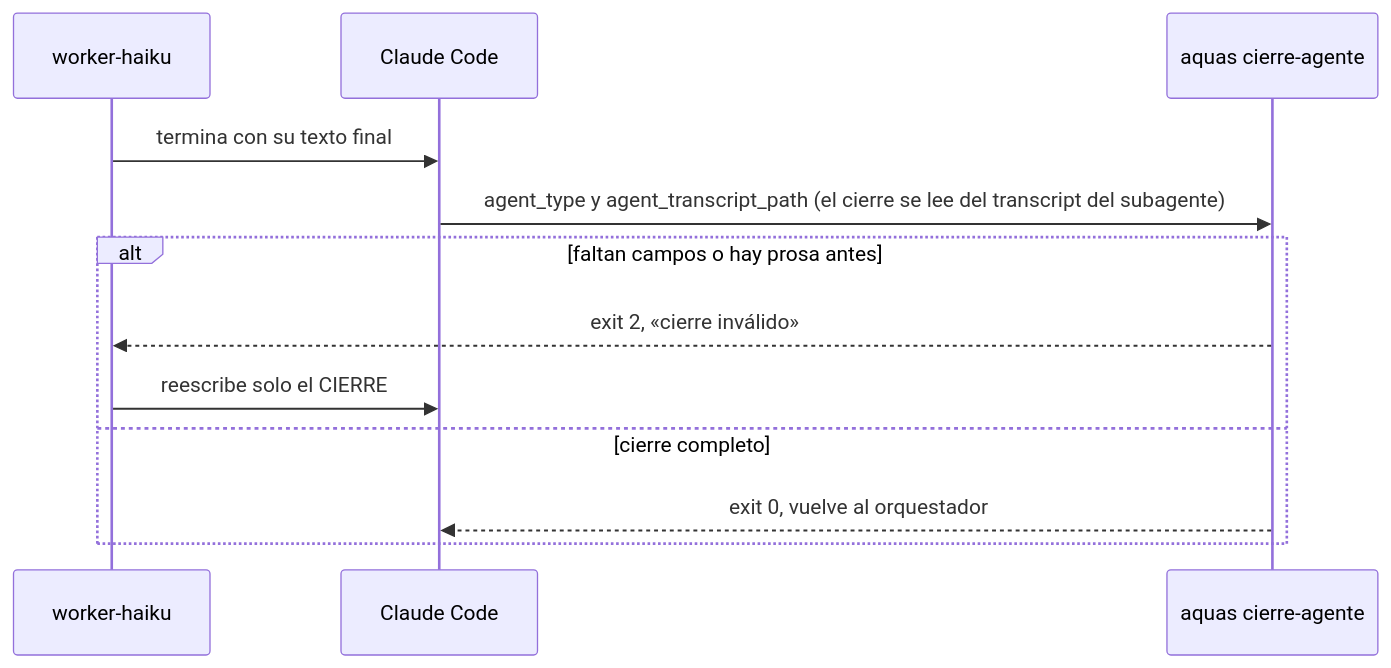
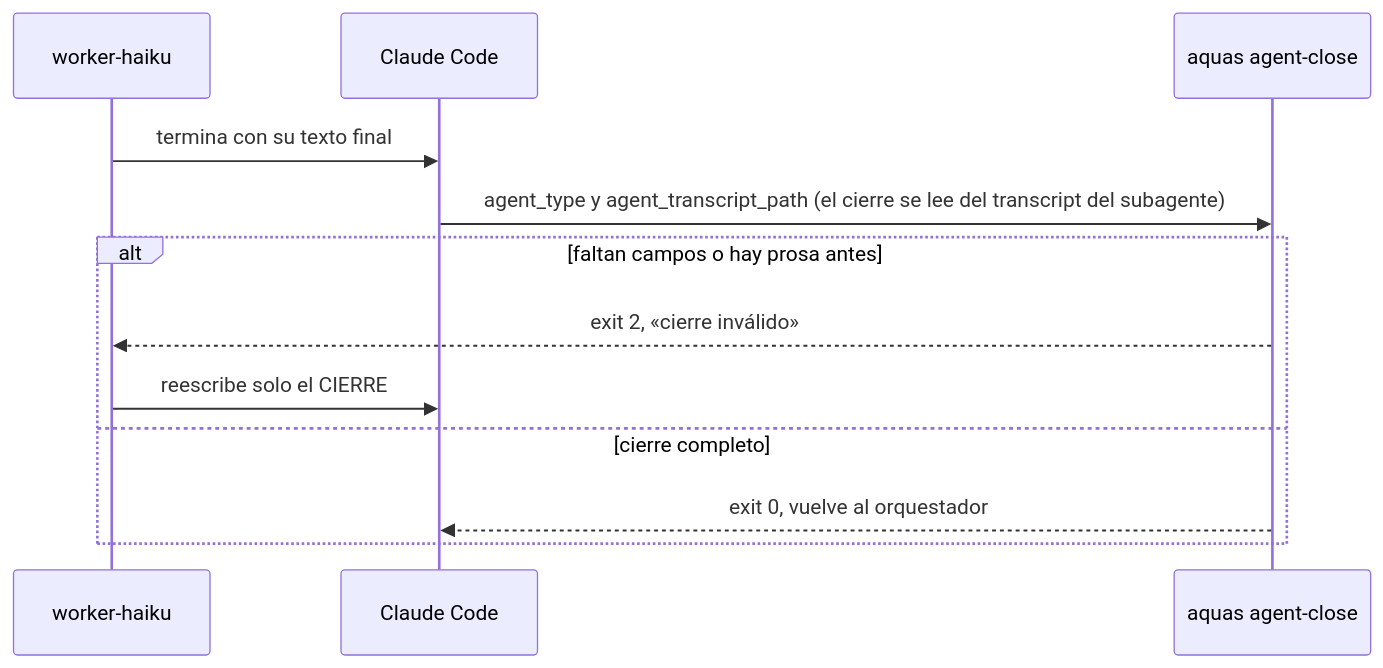
The first of 2 diagrams in docs/E001/F006/S002.md (jliberal-aquas/aquas-central-harness-government), drawn with Mermaid before and after one commit. The commit also changed other lines of this file and 184 other files, not shown here.

````diff
--- a/docs/E001/F006/S002.md
+++ b/docs/E001/F006/S002.md
@@ -47,14 +47,14 @@
 ```mermaid
 sequenceDiagram
     participant W as worker-haiku
     participant C as Claude Code
-    participant A as aquas cierre-agente
+    participant A as aquas agent-close
     W->>C: termina con su texto final
     C->>A: agent_type y agent_transcript_path (el cierre se lee del transcript del subagente)
     alt faltan campos o hay prosa antes
         A-->>W: exit 2, «cierre inválido»
         W->>C: reescribe solo el CIERRE
     else cierre completo
         A-->>C: exit 0, vuelve al orquestador
     end
 ```
````
